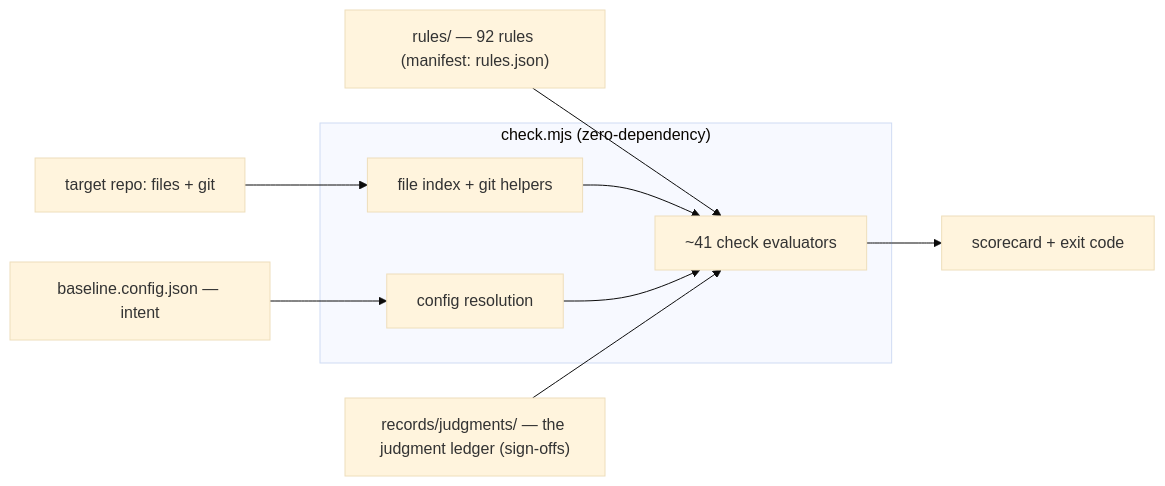
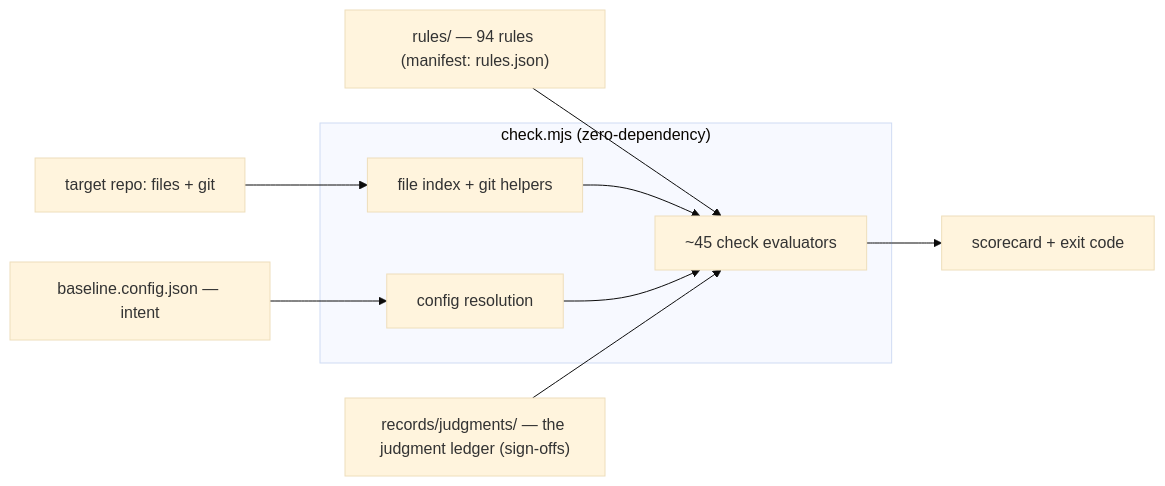
The first of 3 diagrams in REFERENCE.md (AdarGit008/baseline-skill), drawn with Mermaid (base theme) before and after one commit. The commit also changed other lines of this file and 22 other files, not shown here.

````diff
--- a/REFERENCE.md
+++ b/REFERENCE.md
@@ -58,12 +58,12 @@
 ```mermaid
 flowchart LR
   CFG["baseline.config.json — intent"] --> RES
-  RULES["rules/ — 92 rules (manifest: rules.json)"] --> EVAL
+  RULES["rules/ — 94 rules (manifest: rules.json)"] --> EVAL
   REPO["target repo: files + git"] --> IDX
   subgraph ENGINE["check.mjs (zero-dependency)"]
-    IDX["file index + git helpers"] --> EVAL["~41 check evaluators"]
+    IDX["file index + git helpers"] --> EVAL["~45 check evaluators"]
     RES["config resolution"] --> EVAL
   end
   SO["records/judgments/ — the judgment ledger (sign-offs)"] --> EVAL
   EVAL --> OUT["scorecard + exit code"]
 ```
````
